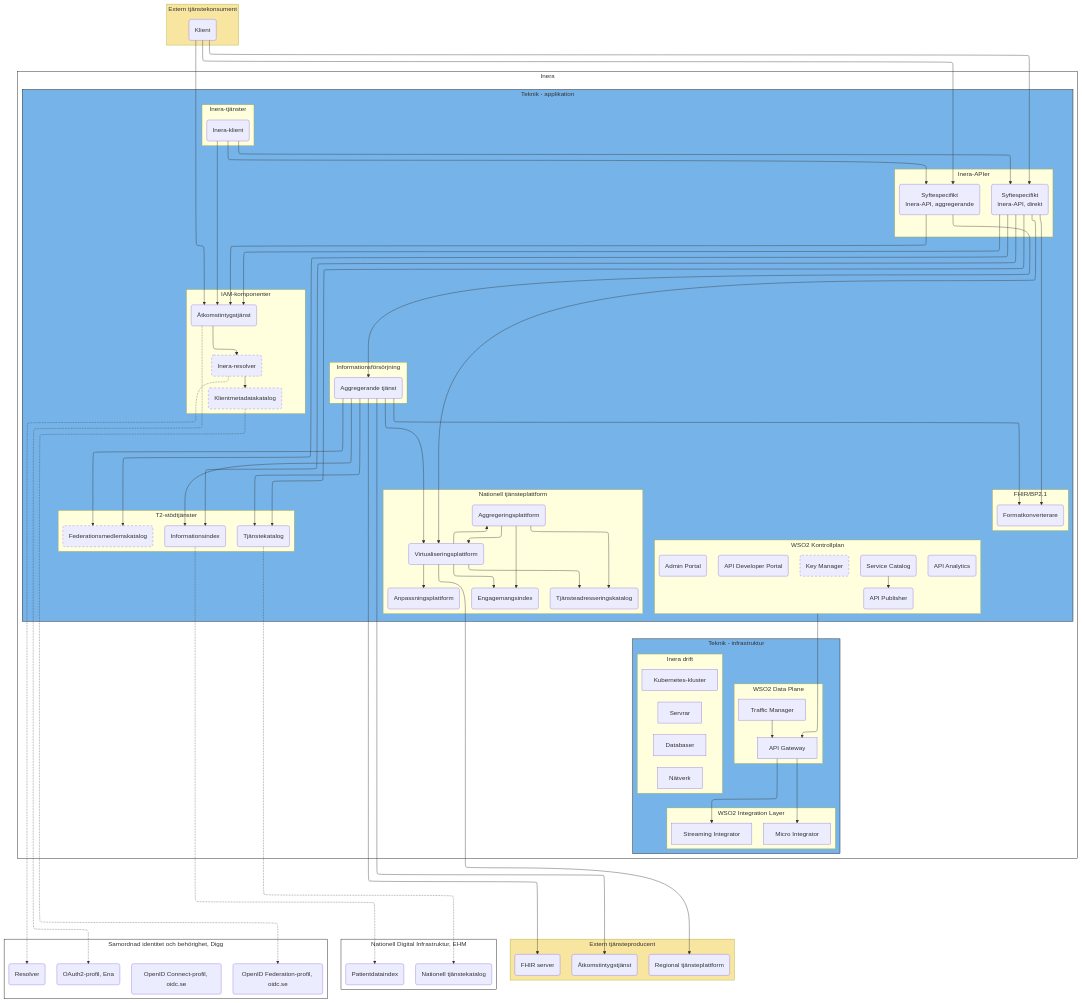
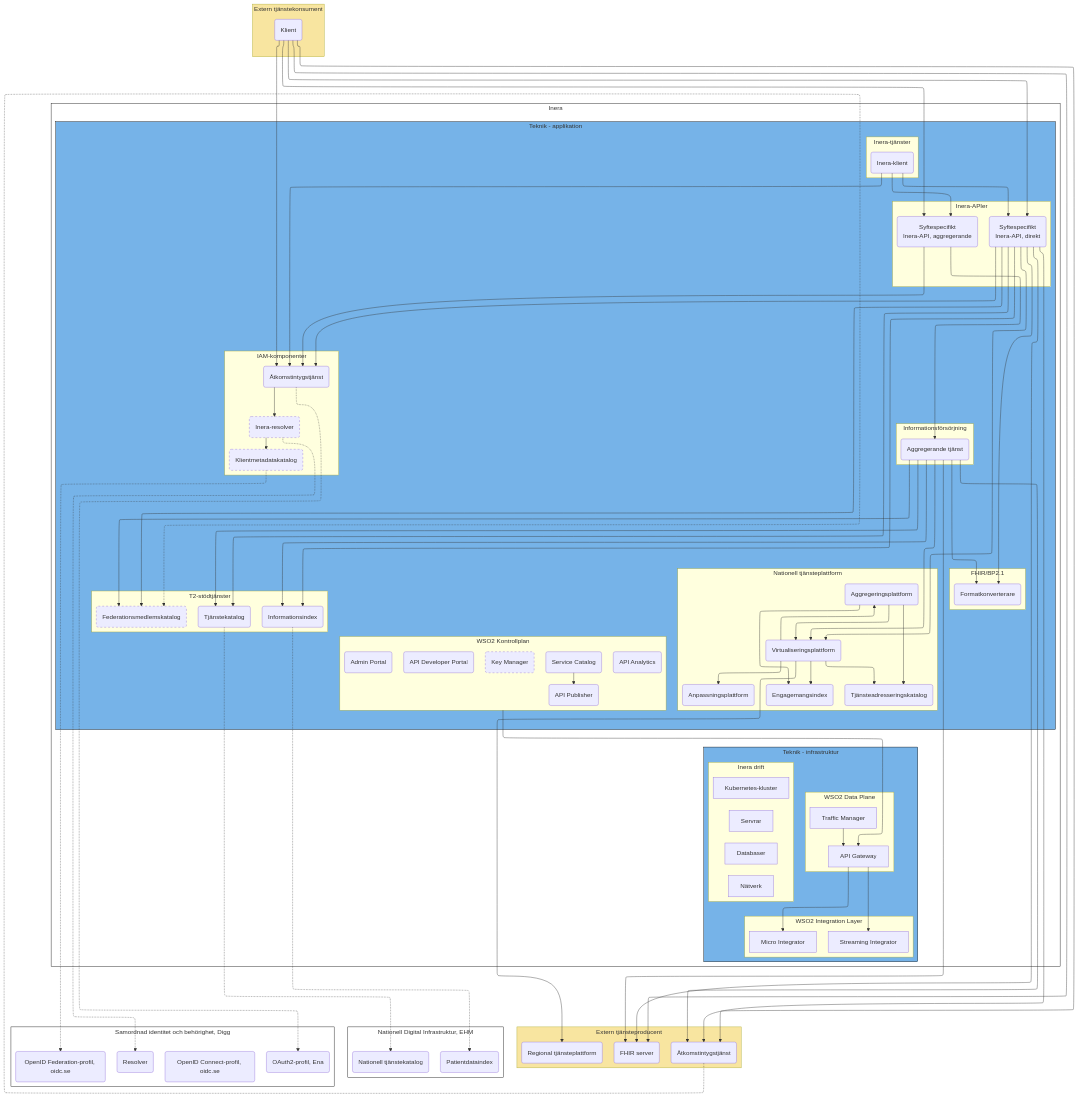
The first of 2 diagrams in T2-krav/solution.md (anders-malmros-inera/t2mmd), drawn with Mermaid before and after one commit.

Commit message:
Update flow connections in solution architecture diagram for clarity

```diff
--- a/T2-krav/solution.md
+++ b/T2-krav/solution.md
@@ -132,10 +132,11 @@
 itp2 --> sias
 vp ----> tprtp
 tkc & itk1--> itp1 & itp2
-svodc --> tpas
-svodc --> tpfs
+svodc & itp2 & tkc --> tpas
+svodc & itp2 & tkc --> tpfs
 tkc & itk1 --> sias
 itp1 --> sias & svodc
+tpas -.->sifmk
 
 style inera fill:#FFFFFF,stroke:#000000
 style app fill:#76b3e8,stroke:#000000
```
